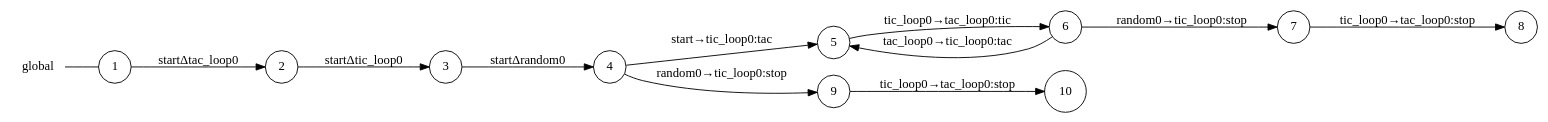
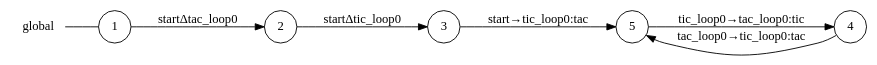
One commit to gabrielegenovese/chorer changed the diagram in examples/ticktack/start_global_view.dot. Above: the diagram before and after it, drawn with Graphviz. The commit also changed 8 other files, not shown here.

```diff
--- a/examples/ticktack/start_global_view.dot
+++ b/examples/ticktack/start_global_view.dot
@@ -1,26 +1,16 @@
 digraph global {
 	rankdir="LR";
 	n_0 [label="global", shape="plaintext"];
 	n_1 [id="5", shape=circle, label="5"];
-	n_2 [id="6", shape=circle, label="6"];
-	n_3 [id="10", shape=circle, label="10"];
-	n_4 [id="1", shape=circle, label="1"];
-	n_0 -> n_4 [arrowhead=none];
-	n_5 [id="9", shape=circle, label="9"];
-	n_6 [id="2", shape=circle, label="2"];
-	n_7 [id="8", shape=circle, label="8"];
-	n_8 [id="4", shape=circle, label="4"];
-	n_9 [id="7", shape=circle, label="7"];
-	n_10 [id="3", shape=circle, label="3"];
+	n_2 [id="1", shape=circle, label="1"];
+	n_0 -> n_2 [arrowhead=none];
+	n_3 [id="2", shape=circle, label="2"];
+	n_4 [id="4", shape=circle, label="4"];
+	n_5 [id="3", shape=circle, label="3"];
 
-	n_10 -> n_8 [id="[$e|2]", label="startΔrandom0"];
-	n_4 -> n_6 [id="[$e|0]", label="startΔtac_loop0"];
-	n_6 -> n_10 [id="[$e|1]", label="startΔtic_loop0"];
-	n_9 -> n_7 [id="[$e|7]", label="tic_loop0→tac_loop0:stop"];
-	n_2 -> n_1 [id="[$e|5]", label="tac_loop0→tic_loop0:tac"];
-	n_2 -> n_9 [id="[$e|6]", label="random0→tic_loop0:stop"];
-	n_5 -> n_3 [id="[$e|9]", label="tic_loop0→tac_loop0:stop"];
-	n_8 -> n_1 [id="[$e|3]", label="start→tic_loop0:tac"];
-	n_1 -> n_2 [id="[$e|4]", label="tic_loop0→tac_loop0:tic"];
-	n_8 -> n_5 [id="[$e|8]", label="random0→tic_loop0:stop"];
+	n_3 -> n_5 [id="[$e|2]", label="startΔtic_loop0"];
+	n_4 -> n_1 [id="[$e|0]", label="tac_loop0→tic_loop0:tac"];
+	n_2 -> n_3 [id="[$e|1]", label="startΔtac_loop0"];
+	n_5 -> n_1 [id="[$e|3]", label="start→tic_loop0:tac"];
+	n_1 -> n_4 [id="[$e|4]", label="tic_loop0→tac_loop0:tic"];
 }
```
